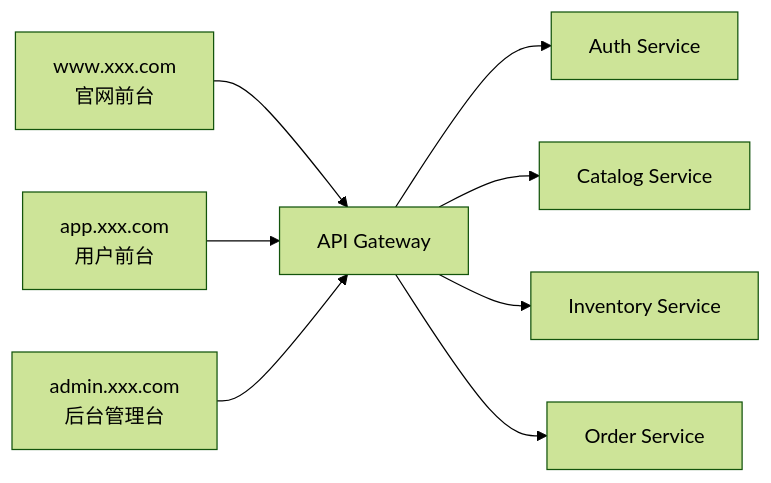
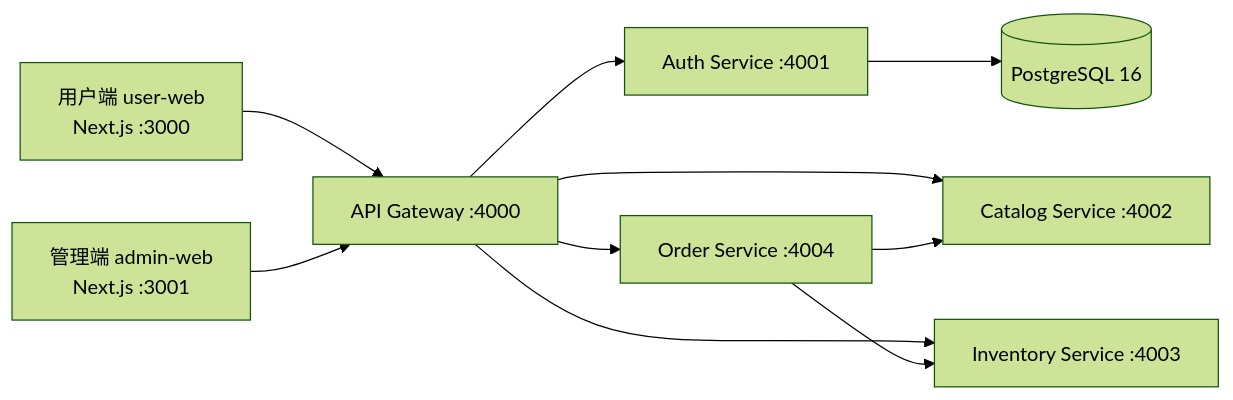
Before and after one commit to CHEN1998-create/fresh-microservices: the first of 3 diagrams in PRD.md, drawn with Mermaid (forest theme). The commit also changed other lines of this file and 2 other files, not shown here.

````diff
--- a/PRD.md
+++ b/PRD.md
@@ -21,10 +23,12 @@
 ```mermaid
 flowchart LR
-  WWW["www.xxx.com<br/>官网前台"] --> GW["API Gateway"]
-  APP["app.xxx.com<br/>用户前台"] --> GW
-  ADMIN["admin.xxx.com<br/>后台管理台"] --> GW
-  GW --> AUTH["Auth Service"]
-  GW --> CATALOG["Catalog Service"]
-  GW --> INVENTORY["Inventory Service"]
-  GW --> ORDER["Order Service"]
+  USER["用户端 user-web<br/>Next.js :3000"] --> GW["API Gateway :4000"]
+  ADMIN["管理端 admin-web<br/>Next.js :3001"] --> GW
+  GW --> AUTH["Auth Service :4001"]
+  GW --> CATALOG["Catalog Service :4002"]
+  GW --> INVENTORY["Inventory Service :4003"]
+  GW --> ORDER["Order Service :4004"]
+  ORDER --> CATALOG
+  ORDER --> INVENTORY
+  AUTH --> PG[("PostgreSQL 16")]
 ```
````
